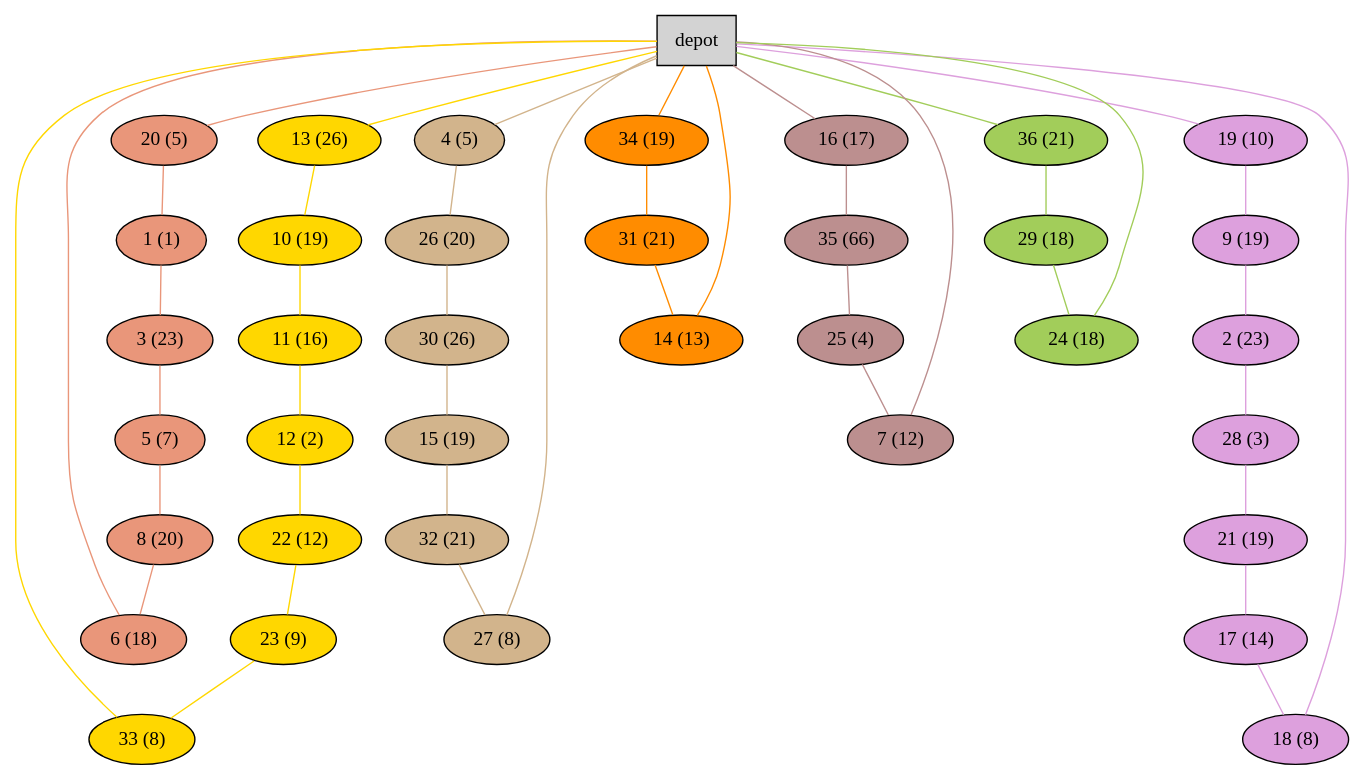
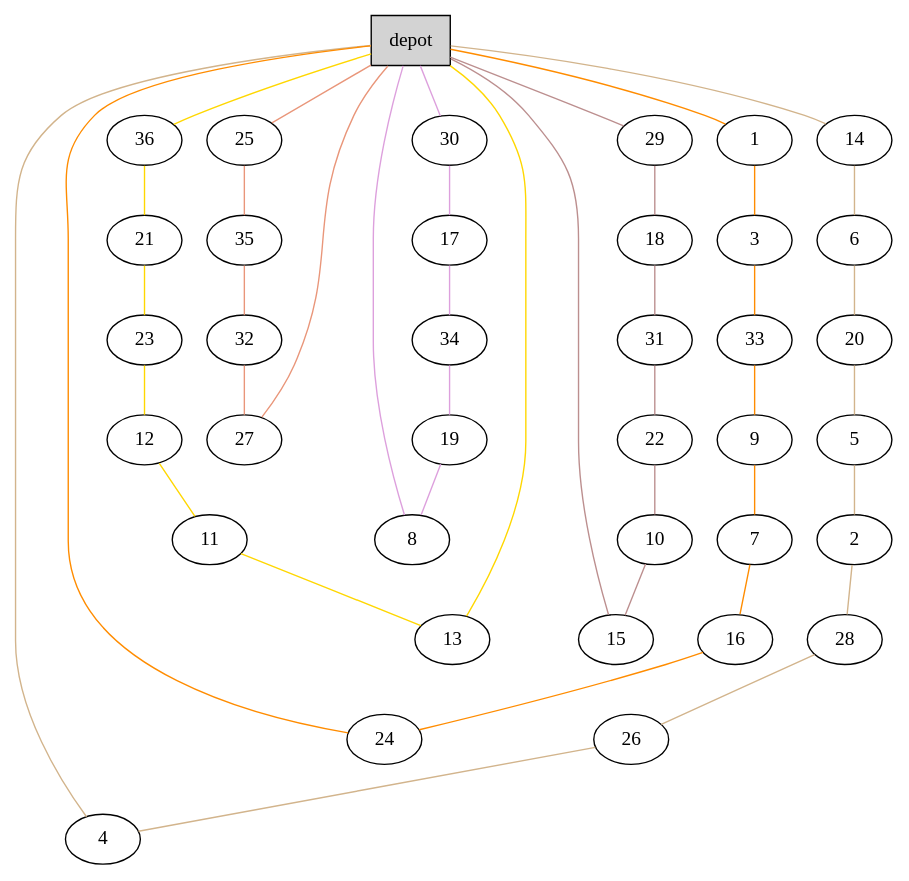
One commit to akheireddine/MAOA changed the diagram in Instances/A/plots_heuristics/A-n37-k6.vrp_G.dot. Above: the diagram before and after it, drawn with Graphviz. The commit also changed 329 other files, not shown here.

```diff
--- a/Instances/A/plots_heuristics/A-n37-k6.vrp_G.dot
+++ b/Instances/A/plots_heuristics/A-n37-k6.vrp_G.dot
@@ -1,82 +1,81 @@
 graph G {
   0[shape = box, label = "depot", style = filled ];
-  20[shape = ellipse, label = "20 (5)", style = filled , fillcolor = darksalmon ];
-  "0"--"20"[color = darksalmon];
-  1[shape = ellipse, label = "1 (1)", style = filled , fillcolor = darksalmon ];
-  "20"--"1"[color = darksalmon];
-  3[shape = ellipse, label = "3 (23)", style = filled , fillcolor = darksalmon ];
-  "1"--"3"[color = darksalmon];
-  5[shape = ellipse, label = "5 (7)", style = filled , fillcolor = darksalmon ];
-  "3"--"5"[color = darksalmon];
-  8[shape = ellipse, label = "8 (20)", style = filled , fillcolor = darksalmon ];
-  "5"--"8"[color = darksalmon];
-  6[shape = ellipse, label = "6 (18)", style = filled , fillcolor = darksalmon ];
-  "8"--"6"[color = darksalmon];
-  "6"--"0"[color = darksalmon];
-  13[shape = ellipse, label = "13 (26)", style = filled , fillcolor = gold ];
-  "0"--"13"[color = gold];
-  10[shape = ellipse, label = "10 (19)", style = filled , fillcolor = gold ];
-  "13"--"10"[color = gold];
-  11[shape = ellipse, label = "11 (16)", style = filled , fillcolor = gold ];
-  "10"--"11"[color = gold];
-  12[shape = ellipse, label = "12 (2)", style = filled , fillcolor = gold ];
-  "11"--"12"[color = gold];
-  22[shape = ellipse, label = "22 (12)", style = filled , fillcolor = gold ];
-  "12"--"22"[color = gold];
-  23[shape = ellipse, label = "23 (9)", style = filled , fillcolor = gold ];
-  "22"--"23"[color = gold];
-  33[shape = ellipse, label = "33 (8)", style = filled , fillcolor = gold ];
-  "23"--"33"[color = gold];
-  "33"--"0"[color = gold];
-  19[shape = ellipse, label = "19 (10)", style = filled , fillcolor = plum ];
-  "0"--"19"[color = plum];
-  9[shape = ellipse, label = "9 (19)", style = filled , fillcolor = plum ];
-  "19"--"9"[color = plum];
-  2[shape = ellipse, label = "2 (23)", style = filled , fillcolor = plum ];
-  "9"--"2"[color = plum];
-  28[shape = ellipse, label = "28 (3)", style = filled , fillcolor = plum ];
-  "2"--"28"[color = plum];
-  21[shape = ellipse, label = "21 (19)", style = filled , fillcolor = plum ];
-  "28"--"21"[color = plum];
-  17[shape = ellipse, label = "17 (14)", style = filled , fillcolor = plum ];
-  "21"--"17"[color = plum];
-  18[shape = ellipse, label = "18 (8)", style = filled , fillcolor = plum ];
-  "17"--"18"[color = plum];
-  "18"--"0"[color = plum];
-  4[shape = ellipse, label = "4 (5)", style = filled , fillcolor = tan ];
-  "0"--"4"[color = tan];
-  26[shape = ellipse, label = "26 (20)", style = filled , fillcolor = tan ];
-  "4"--"26"[color = tan];
-  30[shape = ellipse, label = "30 (26)", style = filled , fillcolor = tan ];
-  "26"--"30"[color = tan];
-  15[shape = ellipse, label = "15 (19)", style = filled , fillcolor = tan ];
-  "30"--"15"[color = tan];
-  32[shape = ellipse, label = "32 (21)", style = filled , fillcolor = tan ];
-  "15"--"32"[color = tan];
-  27[shape = ellipse, label = "27 (8)", style = filled , fillcolor = tan ];
-  "32"--"27"[color = tan];
-  "27"--"0"[color = tan];
-  34[shape = ellipse, label = "34 (19)", style = filled , fillcolor = darkorange ];
-  "0"--"34"[color = darkorange];
-  31[shape = ellipse, label = "31 (21)", style = filled , fillcolor = darkorange ];
-  "34"--"31"[color = darkorange];
-  14[shape = ellipse, label = "14 (13)", style = filled , fillcolor = darkorange ];
-  "31"--"14"[color = darkorange];
-  "14"--"0"[color = darkorange];
-  16[shape = ellipse, label = "16 (17)", style = filled , fillcolor = rosybrown ];
-  "0"--"16"[color = rosybrown];
-  35[shape = ellipse, label = "35 (66)", style = filled , fillcolor = rosybrown ];
-  "16"--"35"[color = rosybrown];
-  25[shape = ellipse, label = "25 (4)", style = filled , fillcolor = rosybrown ];
-  "35"--"25"[color = rosybrown];
-  7[shape = ellipse, label = "7 (12)", style = filled , fillcolor = rosybrown ];
-  "25"--"7"[color = rosybrown];
-  "7"--"0"[color = rosybrown];
-  36[shape = ellipse, label = "36 (21)", style = filled , fillcolor = darkolivegreen3 ];
-  "0"--"36"[color = darkolivegreen3];
-  29[shape = ellipse, label = "29 (18)", style = filled , fillcolor = darkolivegreen3 ];
-  "36"--"29"[color = darkolivegreen3];
-  24[shape = ellipse, label = "24 (18)", style = filled , fillcolor = darkolivegreen3 ];
-  "29"--"24"[color = darkolivegreen3];
-  "24"--"0"[color = darkolivegreen3];
+  25[shape = ellipse];
+  "0"--"25"[color = darksalmon];
+  35[shape = ellipse];
+  "25"--"35"[color = darksalmon];
+  32[shape = ellipse];
+  "35"--"32"[color = darksalmon];
+  27[shape = ellipse];
+  "32"--"27"[color = darksalmon];
+  "27"--"0"[color = darksalmon];
+  36[shape = ellipse];
+  "0"--"36"[color = gold];
+  21[shape = ellipse];
+  "36"--"21"[color = gold];
+  23[shape = ellipse];
+  "21"--"23"[color = gold];
+  12[shape = ellipse];
+  "23"--"12"[color = gold];
+  11[shape = ellipse];
+  "12"--"11"[color = gold];
+  13[shape = ellipse];
+  "11"--"13"[color = gold];
+  "13"--"0"[color = gold];
+  30[shape = ellipse];
+  "0"--"30"[color = plum];
+  17[shape = ellipse];
+  "30"--"17"[color = plum];
+  34[shape = ellipse];
+  "17"--"34"[color = plum];
+  19[shape = ellipse];
+  "34"--"19"[color = plum];
+  8[shape = ellipse];
+  "19"--"8"[color = plum];
+  "8"--"0"[color = plum];
+  14[shape = ellipse];
+  "0"--"14"[color = tan];
+  6[shape = ellipse];
+  "14"--"6"[color = tan];
+  20[shape = ellipse];
+  "6"--"20"[color = tan];
+  5[shape = ellipse];
+  "20"--"5"[color = tan];
+  2[shape = ellipse];
+  "5"--"2"[color = tan];
+  28[shape = ellipse];
+  "2"--"28"[color = tan];
+  26[shape = ellipse];
+  "28"--"26"[color = tan];
+  4[shape = ellipse];
+  "26"--"4"[color = tan];
+  "4"--"0"[color = tan];
+  1[shape = ellipse];
+  "0"--"1"[color = darkorange];
+  3[shape = ellipse];
+  "1"--"3"[color = darkorange];
+  33[shape = ellipse];
+  "3"--"33"[color = darkorange];
+  9[shape = ellipse];
+  "33"--"9"[color = darkorange];
+  7[shape = ellipse];
+  "9"--"7"[color = darkorange];
+  16[shape = ellipse];
+  "7"--"16"[color = darkorange];
+  24[shape = ellipse];
+  "16"--"24"[color = darkorange];
+  "24"--"0"[color = darkorange];
+  29[shape = ellipse];
+  "0"--"29"[color = rosybrown];
+  18[shape = ellipse];
+  "29"--"18"[color = rosybrown];
+  31[shape = ellipse];
+  "18"--"31"[color = rosybrown];
+  22[shape = ellipse];
+  "31"--"22"[color = rosybrown];
+  10[shape = ellipse];
+  "22"--"10"[color = rosybrown];
+  15[shape = ellipse];
+  "10"--"15"[color = rosybrown];
+  "15"--"0"[color = rosybrown];
 }
```
